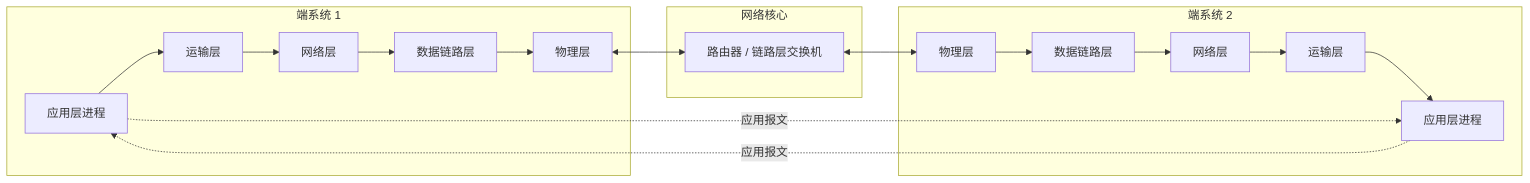
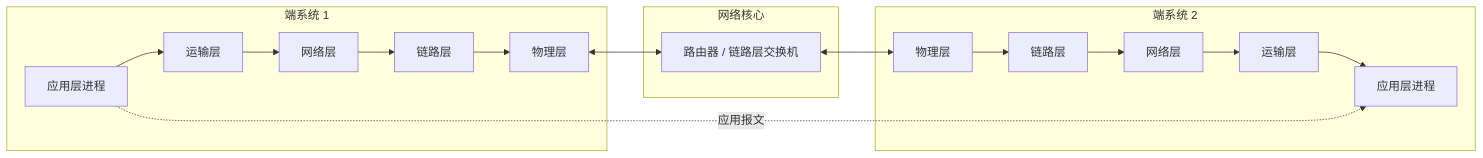
The first of 20 diagrams in src/content/posts/应用层.md (Meer-Matze/Meer-Matze.github.io), drawn with Mermaid before and after one commit. The commit also changed other lines of this file and 3 other files, not shown here.

````diff
--- a/src/content/posts/应用层.md
+++ b/src/content/posts/应用层.md
@@ -75,38 +47,15 @@
 ```mermaid
 graph LR
   subgraph ES1["端系统 1"]
-    A1["应用层进程"]
-    T1["运输层"]
-    N1["网络层"]
-    D1["数据链路层"]
-    P1["物理层"]
-
-    A1 --> T1
-    T1 --> N1
-    N1 --> D1
-    D1 --> P1
+    A1["应用层进程"] --> T1["运输层"] --> N1["网络层"] --> D1["链路层"] --> P1["物理层"]
   end
-
   subgraph CORE["网络核心"]
     R["路由器 / 链路层交换机"]
   end
-
   subgraph ES2["端系统 2"]
-    P2["物理层"]
-    D2["数据链路层"]
-    N2["网络层"]
-    T2["运输层"]
-    A2["应用层进程"]
-
-    P2 --> D2
-    D2 --> N2
-    N2 --> T2
-    T2 --> A2
+    P2["物理层"] --> D2["链路层"] --> N2["网络层"] --> T2["运输层"] --> A2["应用层进程"]
   end
-
   P1 <--> R
   R <--> P2
-
-  A1 -.->|应用报文| A2
-  A2 -.->|应用报文| A1
+  A1 -.->|"应用报文"| A2
 ```
````
